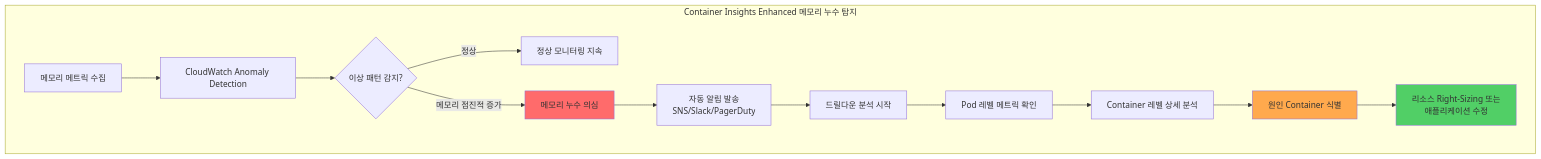
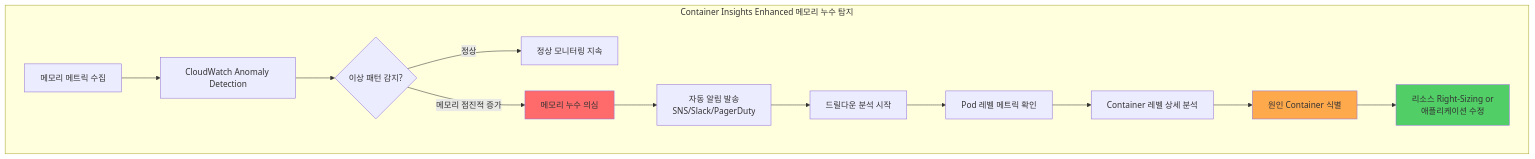
The tenth of 16 diagrams in i18n/en/docusaurus-plugin-content-docs/current/eks-best-practices/resource-cost/eks-resource-optimization.md (devfloor9/engineering-playbook), drawn with Mermaid before and after one commit. The commit also changed other lines of this file and 16 other files, not shown here.

````diff
--- a/i18n/en/docusaurus-plugin-content-docs/current/eks-best-practices/resource-cost/eks-resource-optimization.md
+++ b/i18n/en/docusaurus-plugin-content-docs/current/eks-best-practices/resource-cost/eks-resource-optimization.md
@@ -2972,23 +2972,23 @@
 ```mermaid
 graph TB
     subgraph "Container Insights Enhanced 메모리 누수 탐지"
         A[메모리 메트릭 수집] --> B[CloudWatch Anomaly Detection]
         B --> C{이상 패턴 감지?}
 
         C -->|정상| D[정상 모니터링 지속]
         C -->|메모리 점진적 증가| E[메모리 누수 의심]
 
         E --> F[자동 알림 발송<br/>SNS/Slack/PagerDuty]
         F --> G[드릴다운 분석 시작]
 
         G --> H[Pod 레벨 메트릭 확인]
         H --> I[Container 레벨 상세 분석]
         I --> J[원인 Container 식별]
 
-        J --> K[리소스 Right-Sizing 또는<br/>애플리케이션 수정]
+        J --> K[리소스 Right-Sizing or<br/>애플리케이션 수정]
     end
 
     style E fill:#ff6b6b
     style J fill:#ffa94d
     style K fill:#51cf66
 ```
````
